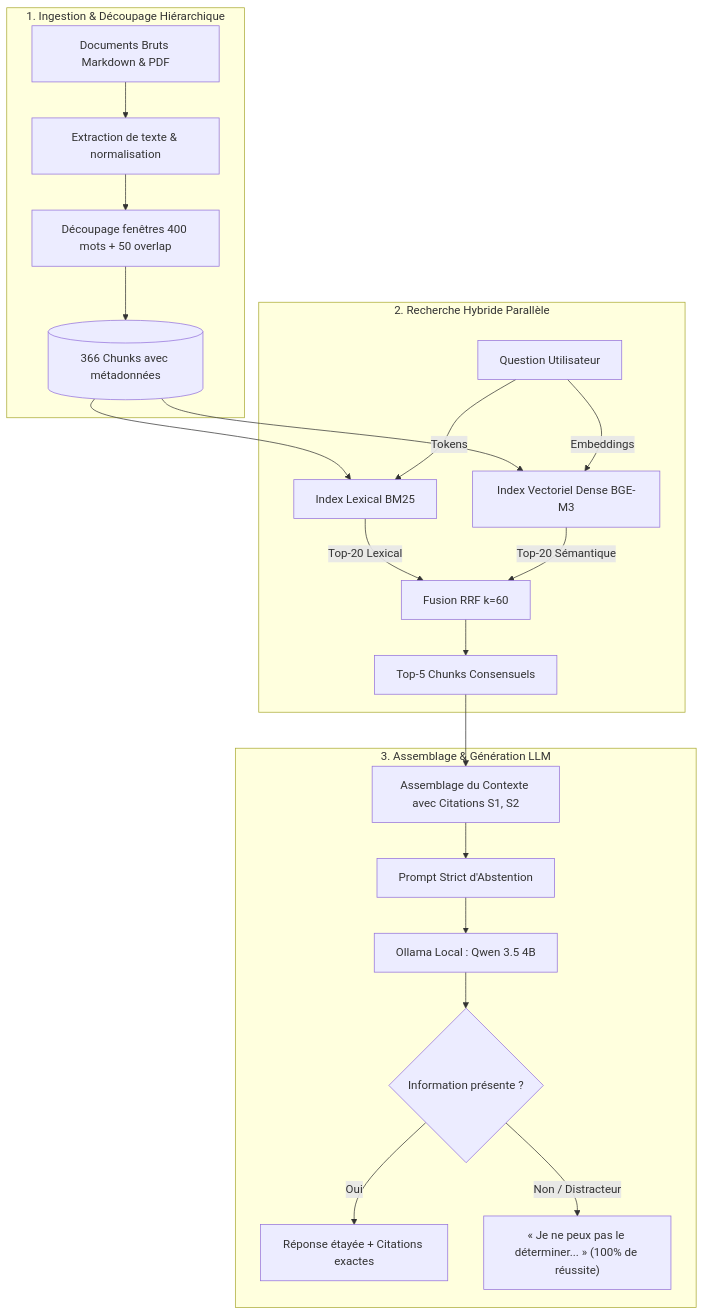
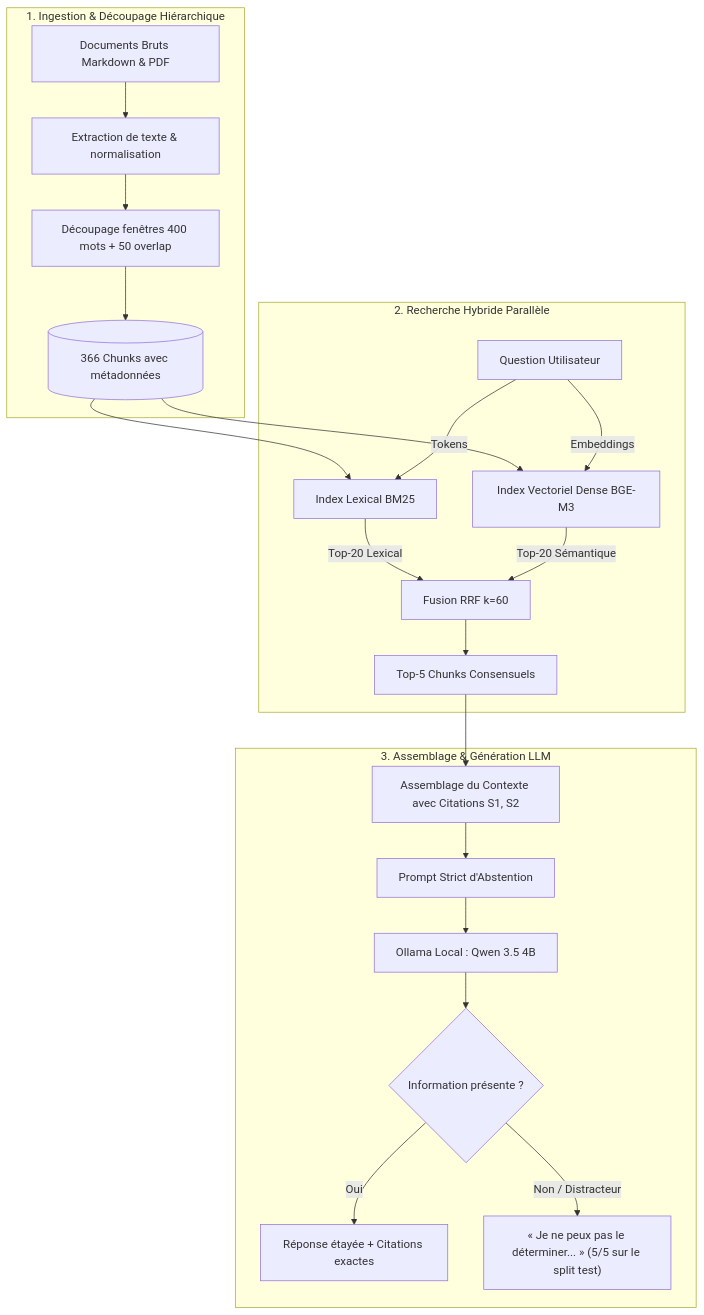
One commit to JeanVG23/rag-from-scratch changed the diagram in README.md. Above: the diagram before and after it, drawn with Mermaid. The commit also changed other lines of this file and 7 other files, not shown here.

````diff
--- a/README.md
+++ b/README.md
@@ -18,27 +17,27 @@
 ```mermaid
 flowchart TD
     subgraph Ingestion ["1. Ingestion & Découpage Hiérarchique"]
         A[Documents Bruts Markdown & PDF] --> B[Extraction de texte & normalisation]
         B --> C[Découpage fenêtres 400 mots + 50 overlap]
         C --> D[(366 Chunks avec métadonnées)]
     end
 
     subgraph Retrieval ["2. Recherche Hybride Parallèle"]
         D --> E[Index Lexical BM25]
         D --> F[Index Vectoriel Dense BGE-M3]
         Q[Question Utilisateur] -->|Tokens| E
         Q -->|Embeddings| F
         E -->|Top-20 Lexical| G[Fusion RRF k=60]
         F -->|Top-20 Sémantique| G
         G --> H[Top-5 Chunks Consensuels]
     end
 
     subgraph Generation ["3. Assemblage & Génération LLM"]
         H --> I[Assemblage du Contexte avec Citations S1, S2]
         I --> J[Prompt Strict d'Abstention]
         J --> K[Ollama Local : Qwen 3.5 4B]
         K --> L{Information présente ?}
         L -->|Oui| M[Réponse étayée + Citations exactes]
-        L -->|Non / Distracteur| N["« Je ne peux pas le déterminer... » (100% de réussite)"]
+        L -->|Non / Distracteur| N["« Je ne peux pas le déterminer... » (5/5 sur le split test)"]
     end
 ```
````
